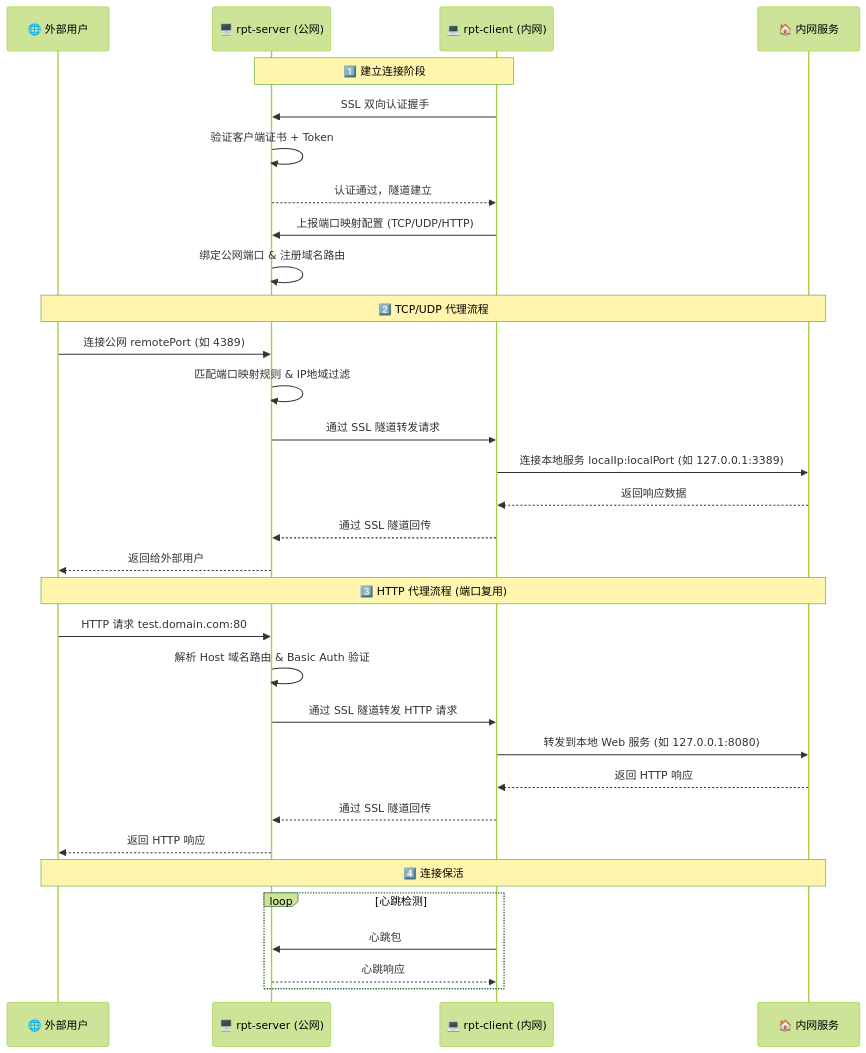
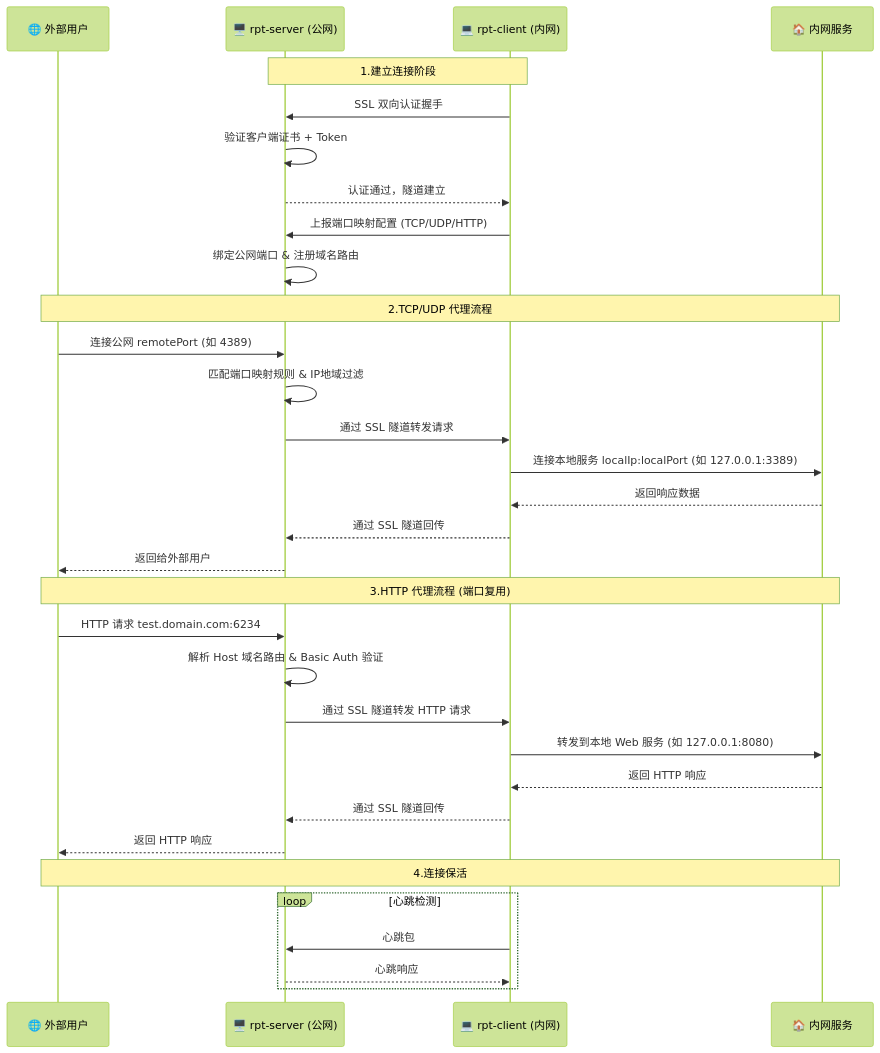
The first of 2 diagrams in README.md (iamlinhui/rpt), drawn with Mermaid (forest theme) before and after one commit. The commit also changed other lines of this file and 39 other files, not shown here.

````diff
--- a/README.md
+++ b/README.md
@@ -45,38 +45,38 @@
 ```mermaid
 sequenceDiagram
     participant U as 🌐 外部用户
     participant S as 🖥️ rpt-server (公网)
     participant C as 💻 rpt-client (内网)
     participant L as 🏠 内网服务
 
-    Note over C,S: 1️⃣ 建立连接阶段
+    Note over C,S: 1.建立连接阶段
     C->>S: SSL 双向认证握手
     S->>S: 验证客户端证书 + Token
     S-->>C: 认证通过，隧道建立
     C->>S: 上报端口映射配置 (TCP/UDP/HTTP)
     S->>S: 绑定公网端口 & 注册域名路由
 
-    Note over U,L: 2️⃣ TCP/UDP 代理流程
+    Note over U,L: 2.TCP/UDP 代理流程
     U->>S: 连接公网 remotePort (如 4389)
     S->>S: 匹配端口映射规则 & IP地域过滤
     S->>C: 通过 SSL 隧道转发请求
     C->>L: 连接本地服务 localIp:localPort (如 127.0.0.1:3389)
     L-->>C: 返回响应数据
     C-->>S: 通过 SSL 隧道回传
     S-->>U: 返回给外部用户
 
-    Note over U,L: 3️⃣ HTTP 代理流程 (端口复用)
-    U->>S: HTTP 请求 test.domain.com:80
+    Note over U,L: 3.HTTP 代理流程 (端口复用)
+    U->>S: HTTP 请求 test.domain.com:6234
     S->>S: 解析 Host 域名路由 & Basic Auth 验证
     S->>C: 通过 SSL 隧道转发 HTTP 请求
     C->>L: 转发到本地 Web 服务 (如 127.0.0.1:8080)
     L-->>C: 返回 HTTP 响应
     C-->>S: 通过 SSL 隧道回传
     S-->>U: 返回 HTTP 响应
 
-    Note over U,L: 4️⃣ 连接保活
+    Note over U,L: 4.连接保活
     loop 心跳检测
         C->>S: 心跳包
         S-->>C: 心跳响应
     end
 ```
````
